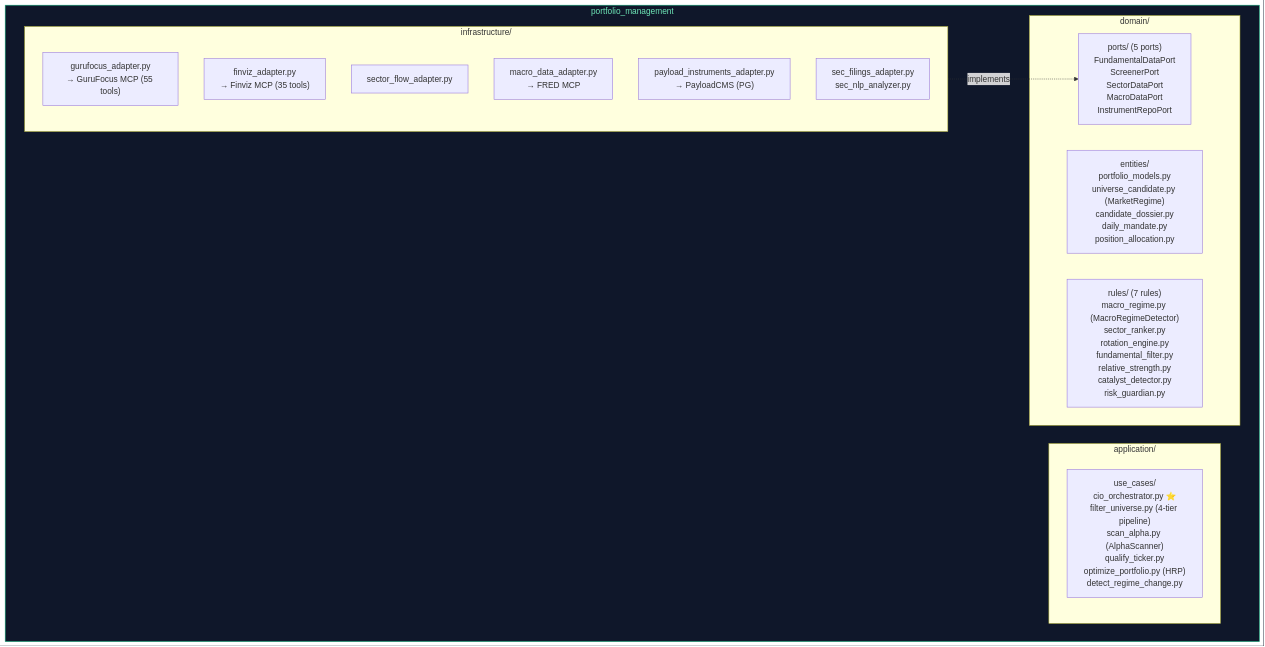
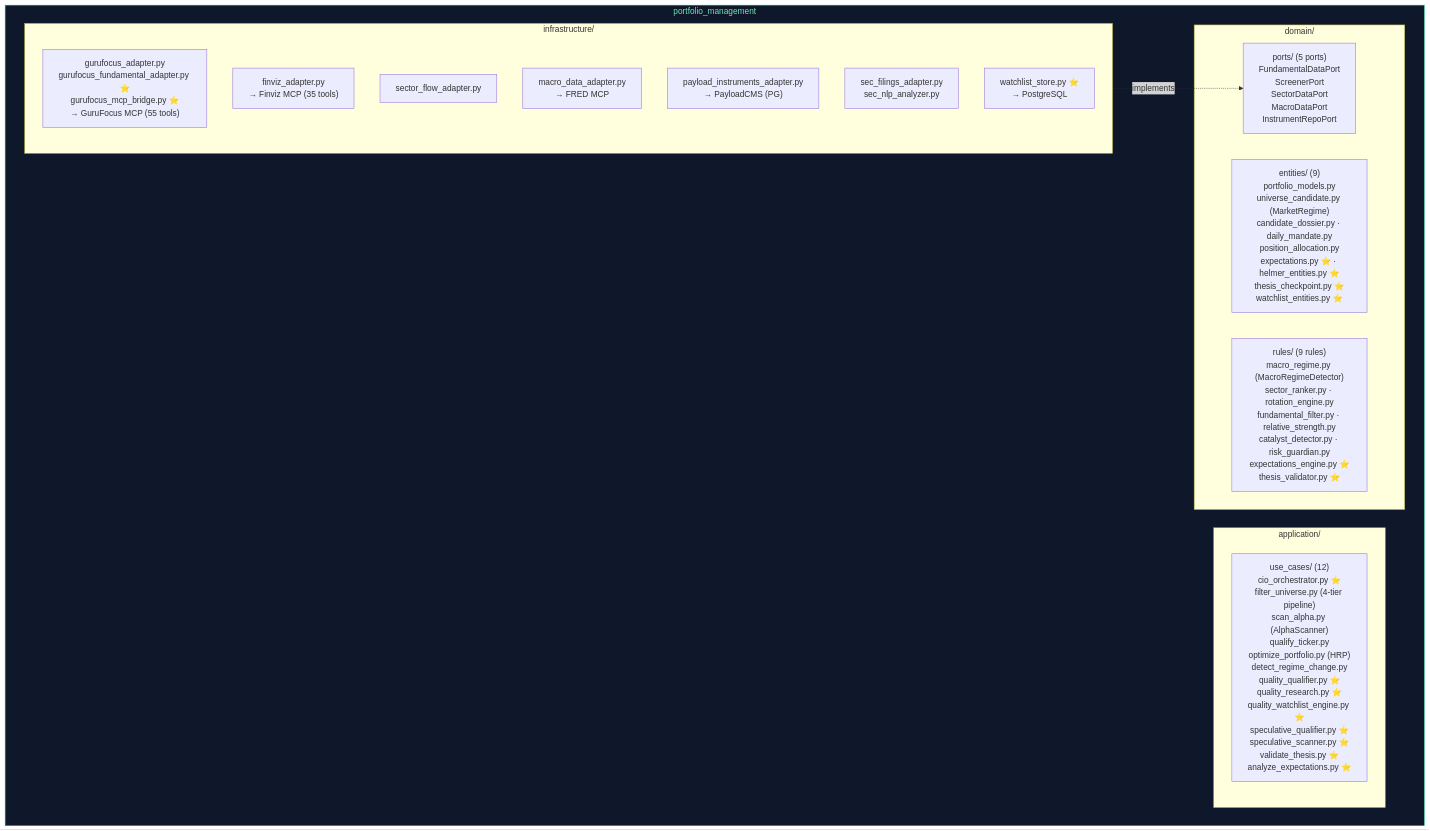
The eighth of 11 diagrams in docs/architecture-modules-internal.md (Charlie7532/botero-trade-engine), drawn with Mermaid before and after one commit. The commit also changed other lines of this file and 1 other file, not shown here.

Commit message:
docs: update architecture to V15 with vault-first patterns and new swing gate modules

````diff
--- a/docs/architecture-modules-internal.md
+++ b/docs/architecture-modules-internal.md
@@ -142,25 +253,26 @@
 ```mermaid
 graph TB
     subgraph PM["portfolio_management"]
         subgraph PM_DOM["domain/"]
-            PM_E["entities/<br/>portfolio_models.py<br/>universe_candidate.py (MarketRegime)<br/>candidate_dossier.py<br/>daily_mandate.py<br/>position_allocation.py"]
+            PM_E["entities/ (9)<br/>portfolio_models.py<br/>universe_candidate.py (MarketRegime)<br/>candidate_dossier.py · daily_mandate.py<br/>position_allocation.py<br/>expectations.py ⭐ · helmer_entities.py ⭐<br/>thesis_checkpoint.py ⭐<br/>watchlist_entities.py ⭐"]
             PM_P["ports/ (5 ports)<br/>FundamentalDataPort<br/>ScreenerPort<br/>SectorDataPort<br/>MacroDataPort<br/>InstrumentRepoPort"]
-            PM_R["rules/ (7 rules)<br/>macro_regime.py (MacroRegimeDetector)<br/>sector_ranker.py<br/>rotation_engine.py<br/>fundamental_filter.py<br/>relative_strength.py<br/>catalyst_detector.py<br/>risk_guardian.py"]
+            PM_R["rules/ (9 rules)<br/>macro_regime.py (MacroRegimeDetector)<br/>sector_ranker.py · rotation_engine.py<br/>fundamental_filter.py · relative_strength.py<br/>catalyst_detector.py · risk_guardian.py<br/>expectations_engine.py ⭐<br/>thesis_validator.py ⭐"]
         end
         subgraph PM_APP["application/"]
-            PM_UC["use_cases/<br/>cio_orchestrator.py ⭐<br/>filter_universe.py (4-tier pipeline)<br/>scan_alpha.py (AlphaScanner)<br/>qualify_ticker.py<br/>optimize_portfolio.py (HRP)<br/>detect_regime_change.py"]
+            PM_UC["use_cases/ (12)<br/>cio_orchestrator.py ⭐<br/>filter_universe.py (4-tier pipeline)<br/>scan_alpha.py (AlphaScanner)<br/>qualify_ticker.py<br/>optimize_portfolio.py (HRP)<br/>detect_regime_change.py<br/>quality_qualifier.py ⭐<br/>quality_research.py ⭐<br/>quality_watchlist_engine.py ⭐<br/>speculative_qualifier.py ⭐<br/>speculative_scanner.py ⭐<br/>validate_thesis.py ⭐<br/>analyze_expectations.py ⭐"]
         end
         subgraph PM_INF["infrastructure/"]
-            PM_GF["gurufocus_adapter.py<br/>→ GuruFocus MCP (55 tools)"]
+            PM_GF["gurufocus_adapter.py<br/>gurufocus_fundamental_adapter.py ⭐<br/>gurufocus_mcp_bridge.py ⭐<br/>→ GuruFocus MCP (55 tools)"]
             PM_FV["finviz_adapter.py<br/>→ Finviz MCP (35 tools)"]
             PM_SF["sector_flow_adapter.py"]
             PM_MD["macro_data_adapter.py<br/>→ FRED MCP"]
             PM_PI["payload_instruments_adapter.py<br/>→ PayloadCMS (PG)"]
             PM_SEC["sec_filings_adapter.py<br/>sec_nlp_analyzer.py"]
+            PM_WL["watchlist_store.py ⭐<br/>→ PostgreSQL"]
         end
     end
 
     PM_INF -.->|"implements"| PM_P
 
     style PM fill:#0f172a,stroke:#10b981,color:#6ee7b7
 ```
````
